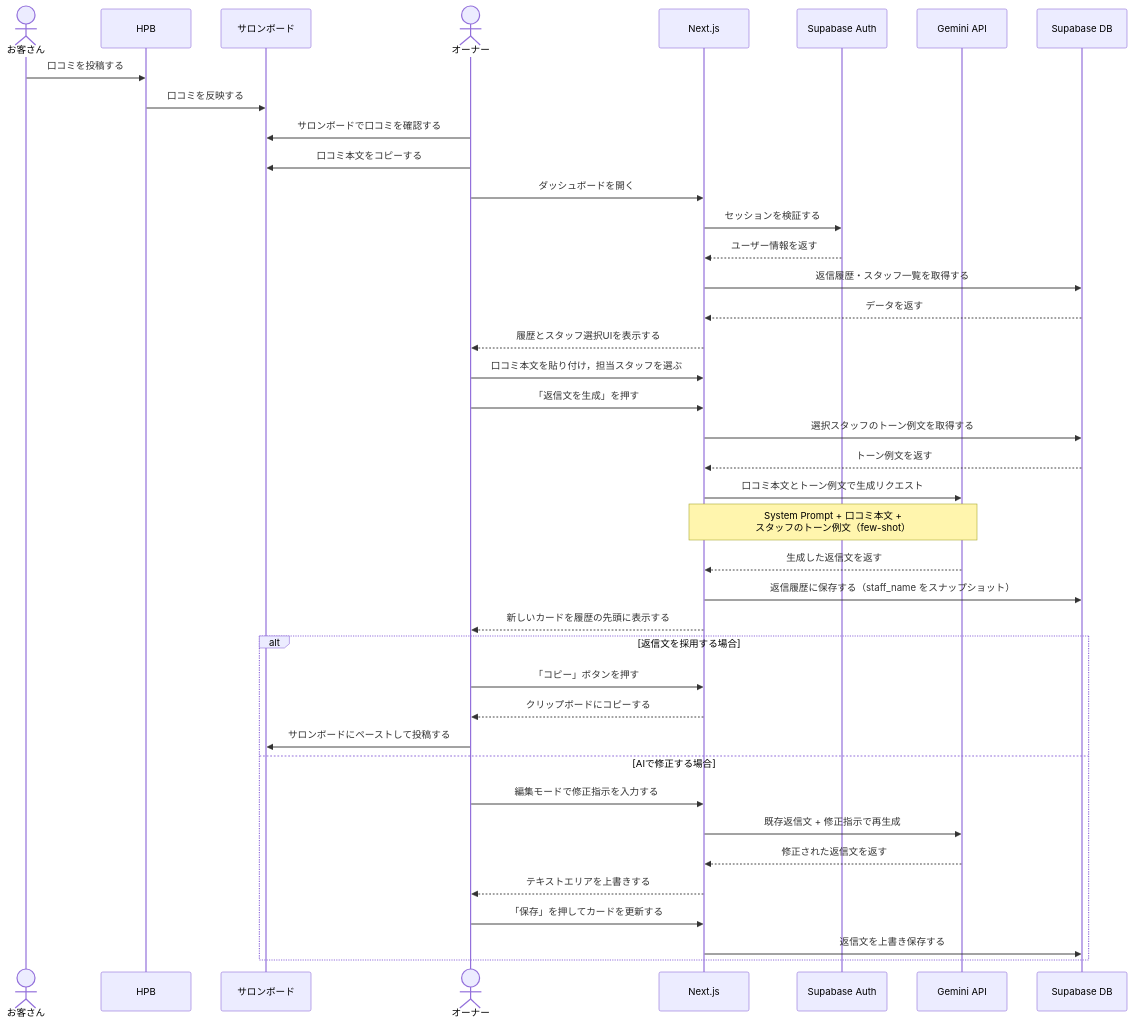
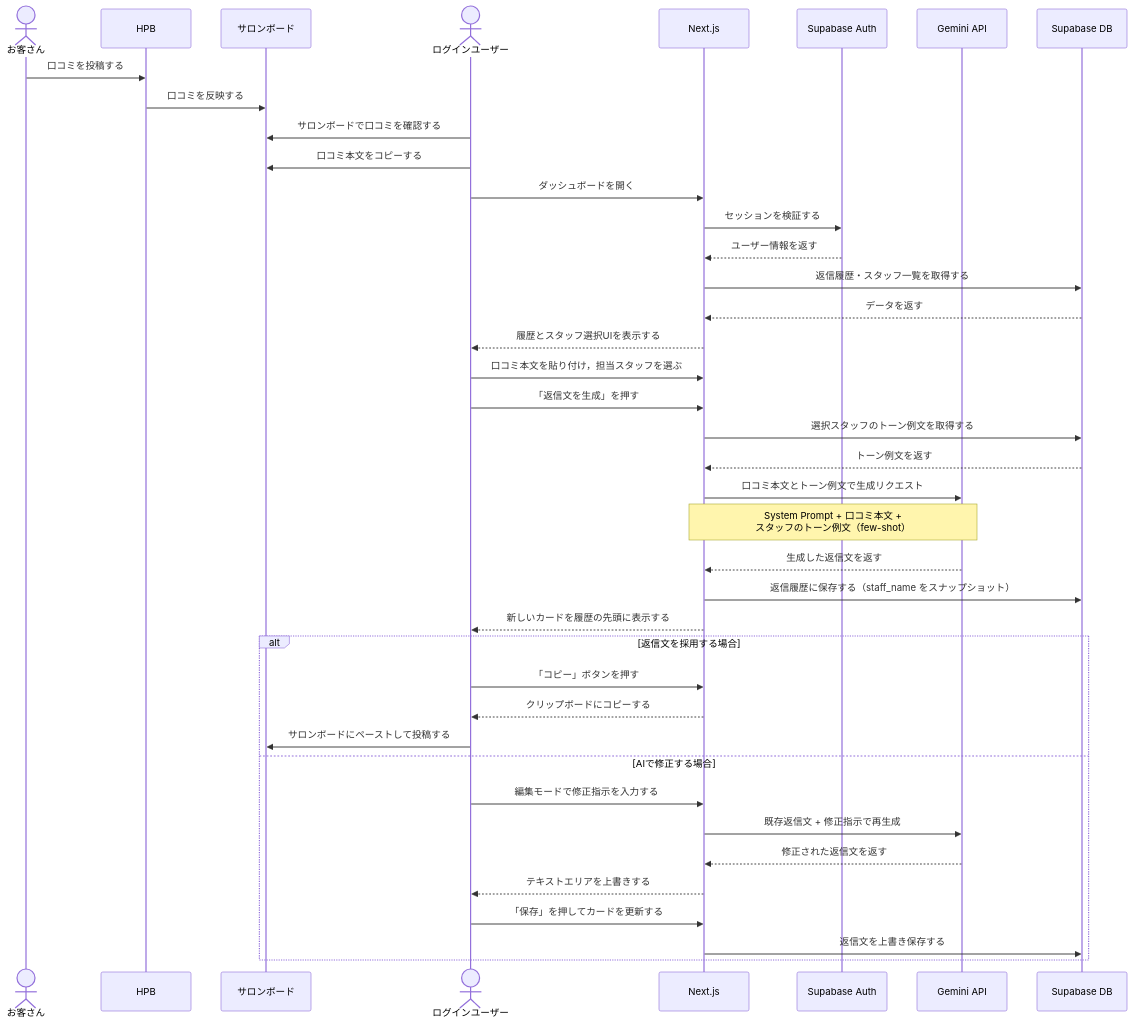
The second of 3 diagrams in docs/99_research/technology/architecture.md (fu-mi-man/salon-ai), drawn with Mermaid before and after one commit. The commit also changed other lines of this file and 10 other files, not shown here.

````diff
--- a/docs/99_research/technology/architecture.md
+++ b/docs/99_research/technology/architecture.md
@@ -40,48 +40,48 @@
 ```mermaid
 sequenceDiagram
   actor Customer as お客さん
   participant HPB as HPB
   participant SB as サロンボード
-  actor Owner as オーナー
+  actor User as ログインユーザー
   participant Web as Next.js
   participant Auth as Supabase Auth
   participant Gemini as Gemini API
   participant DB as Supabase DB
 
   Customer->>HPB: 口コミを投稿する
   HPB->>SB: 口コミを反映する
 
-  Owner->>SB: サロンボードで口コミを確認する
-  Owner->>SB: 口コミ本文をコピーする
+  User->>SB: サロンボードで口コミを確認する
+  User->>SB: 口コミ本文をコピーする
 
-  Owner->>Web: ダッシュボードを開く
+  User->>Web: ダッシュボードを開く
   Web->>Auth: セッションを検証する
   Auth-->>Web: ユーザー情報を返す
   Web->>DB: 返信履歴・スタッフ一覧を取得する
   DB-->>Web: データを返す
-  Web-->>Owner: 履歴とスタッフ選択UIを表示する
+  Web-->>User: 履歴とスタッフ選択UIを表示する
 
-  Owner->>Web: 口コミ本文を貼り付け，担当スタッフを選ぶ
-  Owner->>Web: 「返信文を生成」を押す
+  User->>Web: 口コミ本文を貼り付け，担当スタッフを選ぶ
+  User->>Web: 「返信文を生成」を押す
 
   Web->>DB: 選択スタッフのトーン例文を取得する
   DB-->>Web: トーン例文を返す
   Web->>Gemini: 口コミ本文とトーン例文で生成リクエスト
   Note over Web,Gemini: System Prompt + 口コミ本文 +<br/>スタッフのトーン例文（few-shot）
   Gemini-->>Web: 生成した返信文を返す
   Web->>DB: 返信履歴に保存する（staff_name をスナップショット）
-  Web-->>Owner: 新しいカードを履歴の先頭に表示する
+  Web-->>User: 新しいカードを履歴の先頭に表示する
 
   alt 返信文を採用する場合
-    Owner->>Web: 「コピー」ボタンを押す
-    Web-->>Owner: クリップボードにコピーする
-    Owner->>SB: サロンボードにペーストして投稿する
+    User->>Web: 「コピー」ボタンを押す
+    Web-->>User: クリップボードにコピーする
+    User->>SB: サロンボードにペーストして投稿する
   else AIで修正する場合
-    Owner->>Web: 編集モードで修正指示を入力する
+    User->>Web: 編集モードで修正指示を入力する
     Web->>Gemini: 既存返信文 + 修正指示で再生成
     Gemini-->>Web: 修正された返信文を返す
-    Web-->>Owner: テキストエリアを上書きする
-    Owner->>Web: 「保存」を押してカードを更新する
+    Web-->>User: テキストエリアを上書きする
+    User->>Web: 「保存」を押してカードを更新する
     Web->>DB: 返信文を上書き保存する
   end
 ```
````
